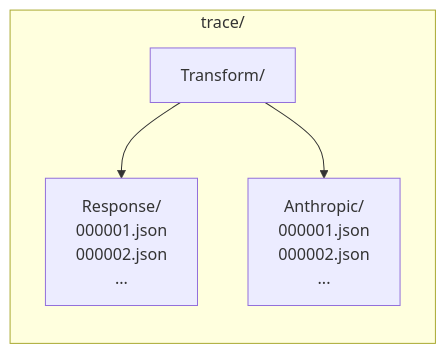
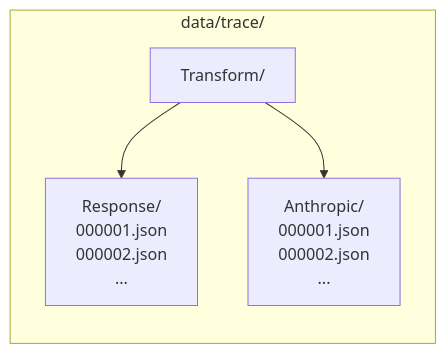
One commit to starlight02/moon-bridge changed the fourth of 4 diagrams in README.md. Above: the diagram before and after it, drawn with Mermaid. The commit also changed other lines of this file and 53 other files, not shown here.

````diff
--- a/README.md
+++ b/README.md
@@ -812,11 +818,11 @@
 ```mermaid
 flowchart LR
-  subgraph trace["trace/"]
+  subgraph trace["data/trace/"]
     direction TB
     transform["Transform/"]
     resp["Response/\n000001.json\n000002.json\n..."]
     anth["Anthropic/\n000001.json\n000002.json\n..."]
     transform --> resp
     transform --> anth
   end
 ```
````
